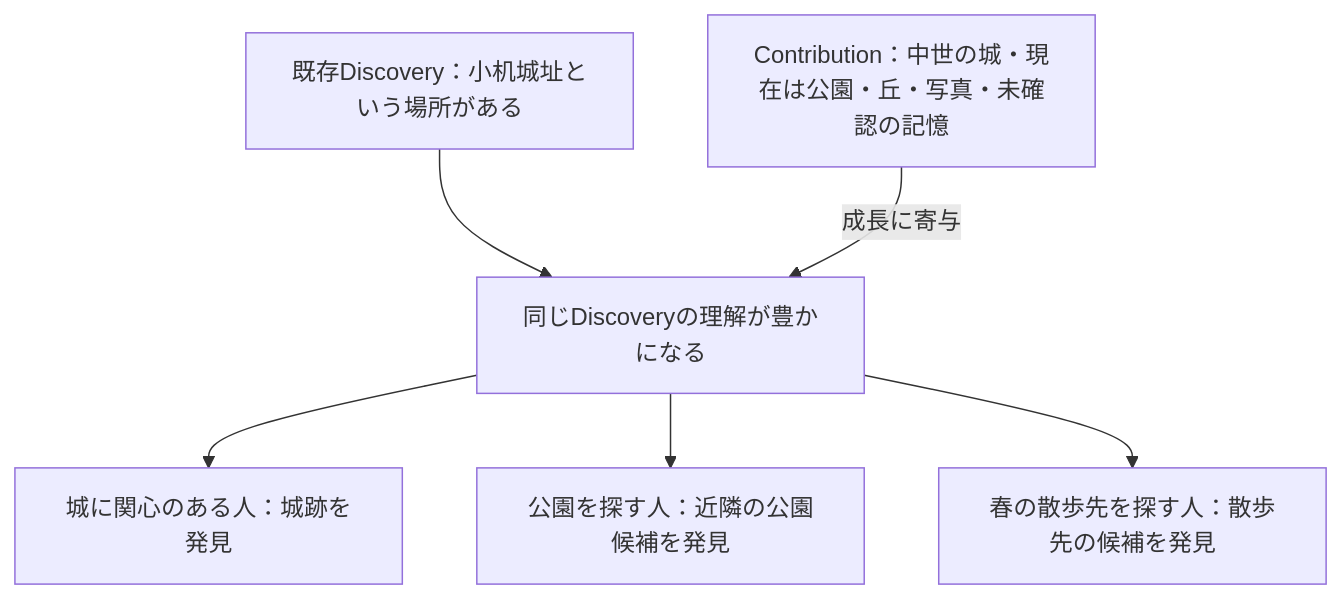
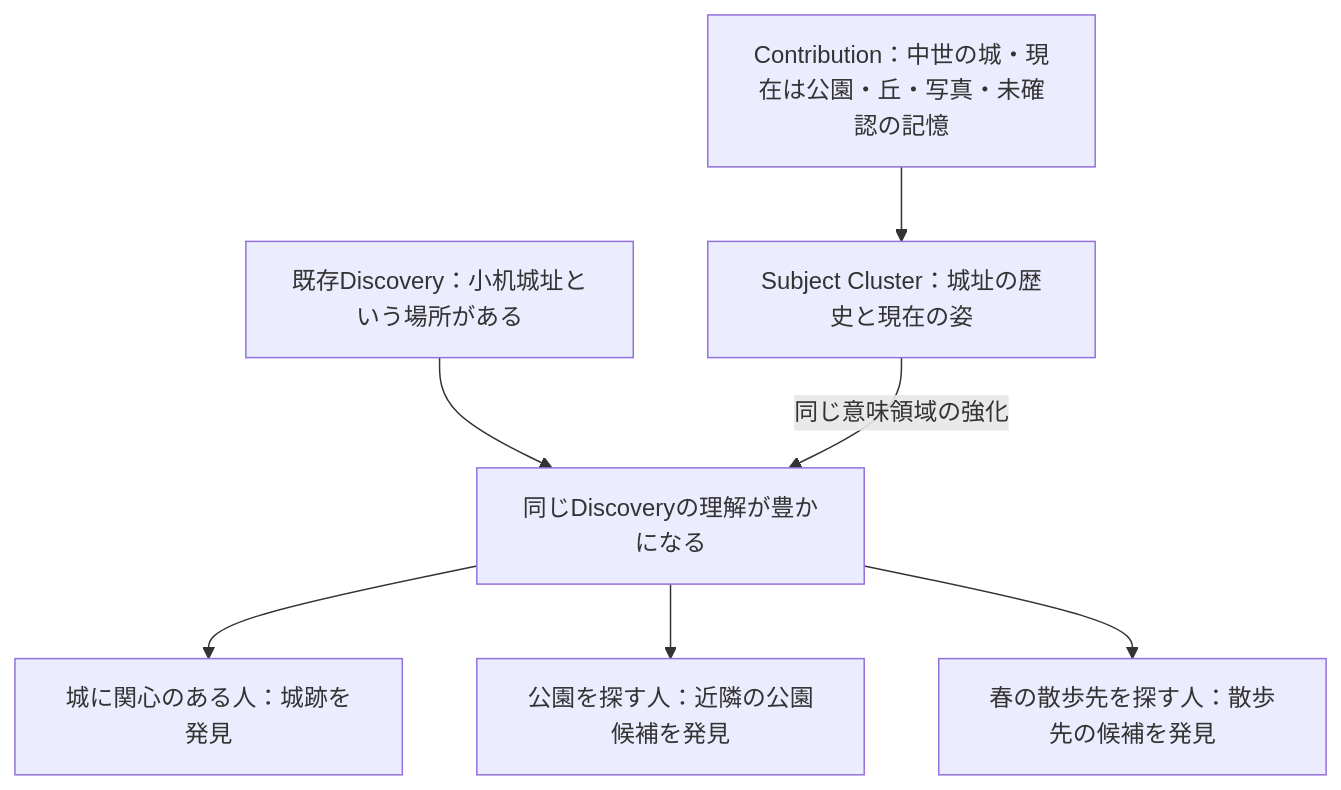
The fourth of 5 diagrams in docs/ex-day_domain_model.md (ex-day/platform), drawn with Mermaid before and after one commit. The commit also changed other lines of this file, not shown here.

````diff
--- a/docs/ex-day_domain_model.md
+++ b/docs/ex-day_domain_model.md
@@ -285,14 +390,15 @@
 ```mermaid
 flowchart TD
     D["既存Discovery：小机城址という場所がある"]
     C["Contribution：中世の城・現在は公園・丘・写真・未確認の記憶"]
     G["同じDiscoveryの理解が豊かになる"]
     A["城に関心のある人：城跡を発見"]
     B["公園を探す人：近隣の公園候補を発見"]
     E["春の散歩先を探す人：散歩先の候補を発見"]
     D --> G
-    C -->|成長に寄与| G
+    C --> S["Subject Cluster：城址の歴史と現在の姿"]
+    S -->|同じ意味領域の強化| G
     G --> A
     G --> B
     G --> E
 ```
````
